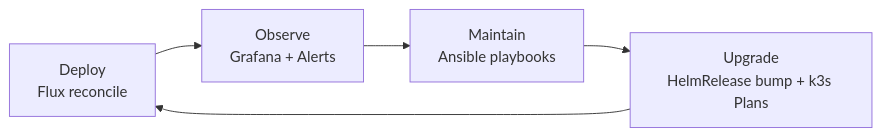
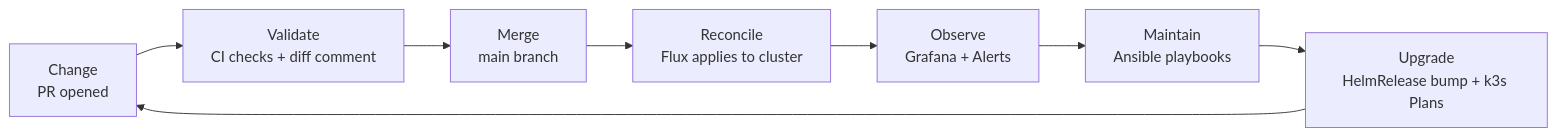
Before and after one commit to Kagiso-me/homelab-infrastructure: the first of 2 diagrams in docs/guides/13-Platform-Operations-Lifecycle.md, drawn with Mermaid. The commit also changed other lines of this file and 47 other files, not shown here.

````diff
--- a/docs/guides/13-Platform-Operations-Lifecycle.md
+++ b/docs/guides/13-Platform-Operations-Lifecycle.md
@@ -28,7 +29,10 @@
 ```mermaid
 graph LR
-    Deploy["Deploy<br/>Flux reconcile"] --> Observe["Observe<br/>Grafana + Alerts"]
+    Change["Change<br/>PR opened"] --> Validate["Validate<br/>CI checks + diff comment"]
+    Validate --> Merge["Merge<br/>main branch"]
+    Merge --> Reconcile["Reconcile<br/>Flux applies to cluster"]
+    Reconcile --> Observe["Observe<br/>Grafana + Alerts"]
     Observe --> Maintain["Maintain<br/>Ansible playbooks"]
     Maintain --> Upgrade["Upgrade<br/>HelmRelease bump + k3s Plans"]
-    Upgrade --> Deploy
+    Upgrade --> Change
 ```
````
